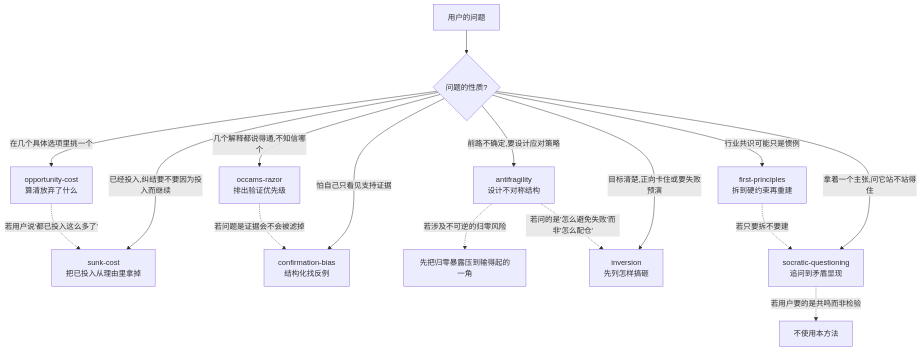
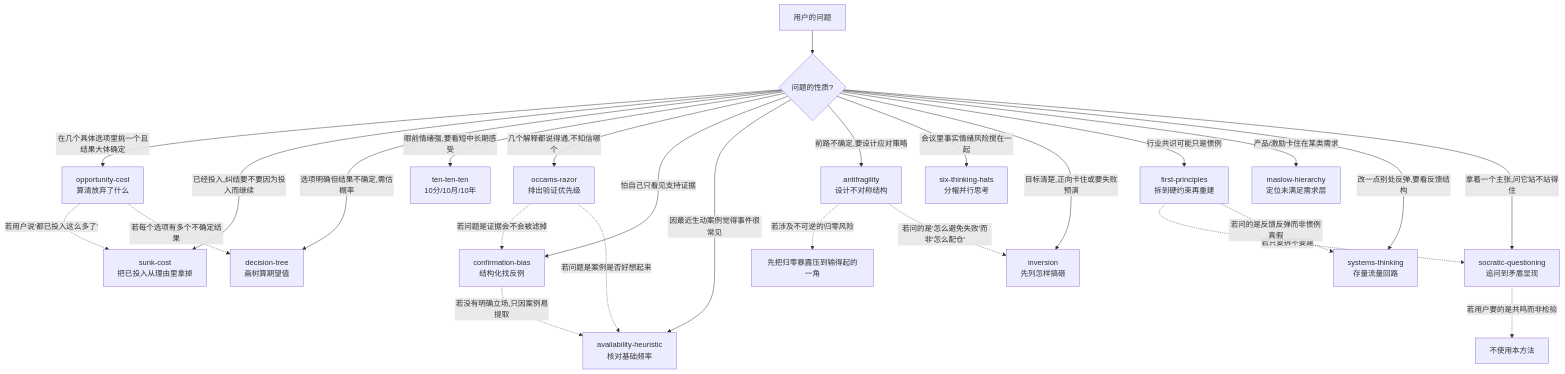
One commit to HuangChenning/modelosophy changed the diagram in skills/ThinkingModels/README.md. Above: the diagram before and after it, drawn with Mermaid. The commit also changed other lines of this file and 27 other files, not shown here.

First line of the commit message:
feat(skills): add six more thinking models from 01-18

````diff
--- a/skills/ThinkingModels/README.md
+++ b/skills/ThinkingModels/README.md
@@ -24,19 +30,29 @@
 ```mermaid
 graph TD
     A[用户的问题] --> B{问题的性质?}
-    B -->|在几个具体选项里挑一个| C[opportunity-cost<br/>算清放弃了什么]
+    B -->|在几个具体选项里挑一个且结果大体确定| C[opportunity-cost<br/>算清放弃了什么]
     B -->|已经投入,纠结要不要因为投入而继续| S[sunk-cost<br/>把已投入从理由里拿掉]
+    B -->|选项明确但结果不确定,需估概率| DT[decision-tree<br/>画树算期望值]
+    B -->|眼前情绪强,要看短中长期感受| TTT[ten-ten-ten<br/>10分/10月/10年]
     B -->|几个解释都说得通,不知信哪个| D[occams-razor<br/>排出验证优先级]
     B -->|怕自己只看见支持证据| CB[confirmation-bias<br/>结构化找反例]
+    B -->|因最近生动案例觉得事件很常见| AH[availability-heuristic<br/>核对基础频率]
     B -->|前路不确定,要设计应对策略| E[antifragility<br/>设计不对称结构]
+    B -->|会议里事实情绪风险搅在一起| HATS[six-thinking-hats<br/>分帽并行思考]
     B -->|目标清楚,正向卡住或要失败预演| INV[inversion<br/>先列怎样搞砸]
     B -->|行业共识可能只是惯例| FP[first-principles<br/>拆到硬约束再重建]
+    B -->|产品/激励卡住在某类需求| MAS[maslow-hierarchy<br/>定位未满足需求层]
+    B -->|改一点别处反弹,要看反馈结构| SYS[systems-thinking<br/>存量流量回路]
     B -->|拿着一个主张,问它站不站得住| H[socratic-questioning<br/>追问到矛盾显现]
 
     C -.->|若用户说'都已投入这么多了'| S
+    C -.->|若每个选项有多个不确定结果| DT
     E -.->|若涉及不可逆的归零风险| G[先把归零暴露压到输得起的一角]
     E -.->|若问的是'怎么避免失败'而非'怎么配仓'| INV
     H -.->|若用户要的是共鸣而非检验| I[不使用本方法]
     D -.->|若问题是证据会不会被滤掉| CB
+    D -.->|若问题是案例是否好想起来| AH
     FP -.->|若只要拆不要建| H
+    FP -.->|若问的是反馈反弹而非惯例真假| SYS
+    CB -.->|若没有明确立场,只因案例易提取| AH
 ```
````
